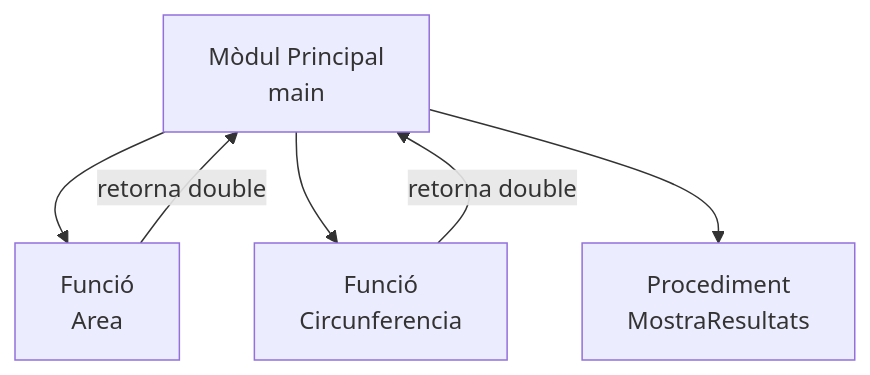
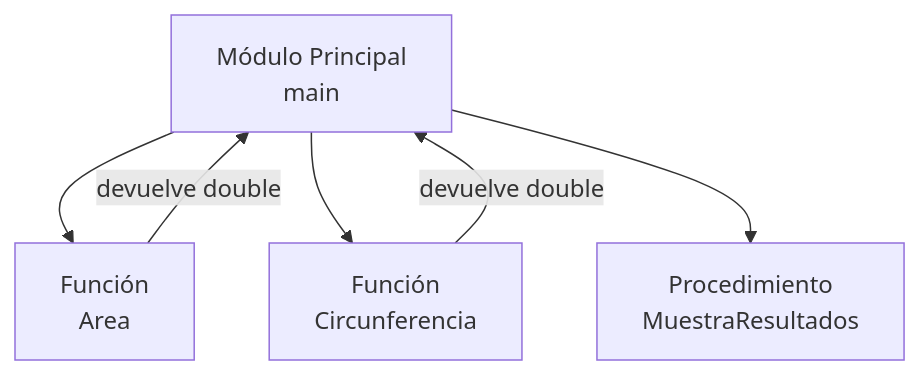
One commit to ssorianor/CefireMarkdownTasca4sergiosorianoreyes changed the third of 3 diagrams in md/index.md. Above: the diagram before and after it, drawn with Mermaid. The commit also changed other lines of this file and 2 other files, not shown here.

Commit message:
Diagramas modificados index.md

````diff
--- a/md/index.md
+++ b/md/index.md
@@ -223,8 +238,8 @@
 ```mermaid
 graph TD
-    M[Mòdul Principal\nmain] --> A[Funció\nArea]
-    M --> C[Funció\nCircunferencia]
-    M --> E[Procediment\nMostraResultats]
-    A --> |retorna double| M
-    C --> |retorna double| M
+    M[Módulo Principal\nmain] --> A[Función\nArea]
+    M --> C[Función\nCircunferencia]
+    M --> E[Procedimiento\nMuestraResultados]
+    A --> |devuelve double| M
+    C --> |devuelve double| M
 ```
````
